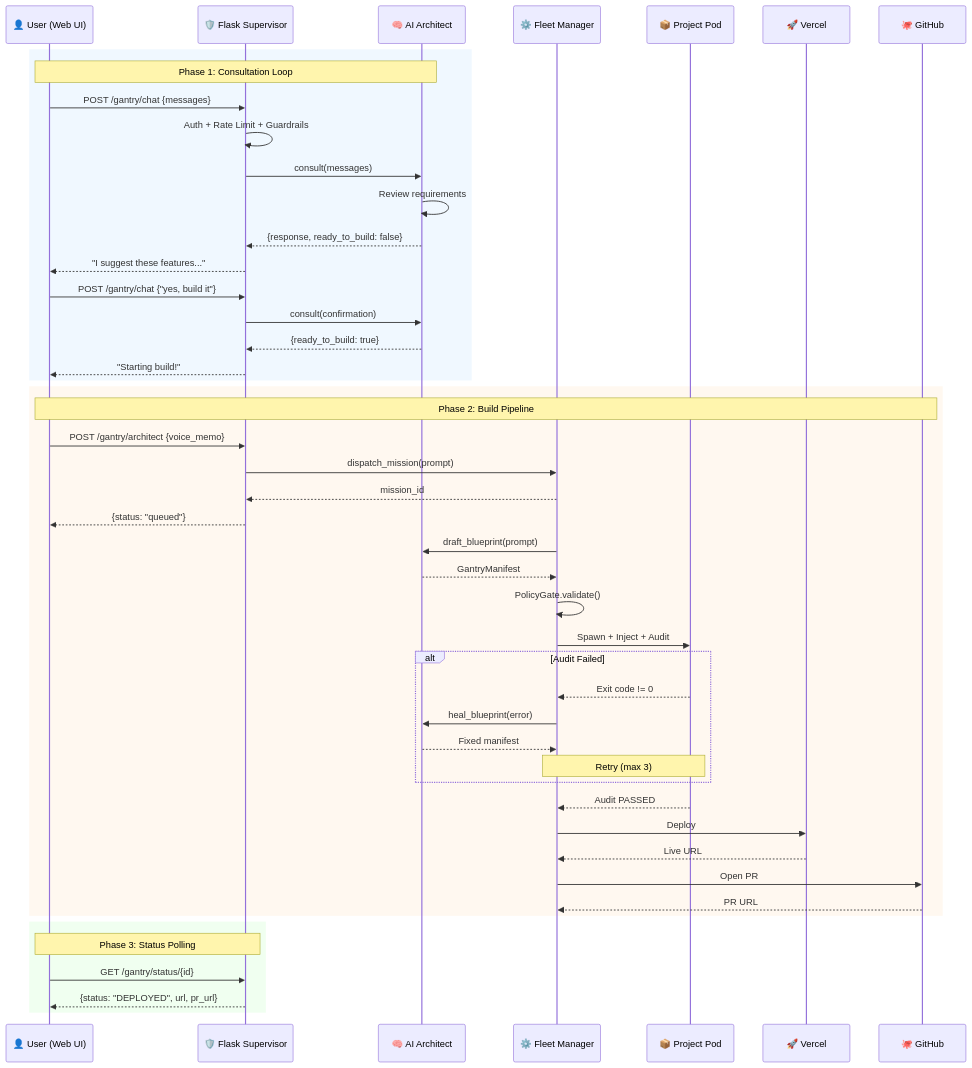
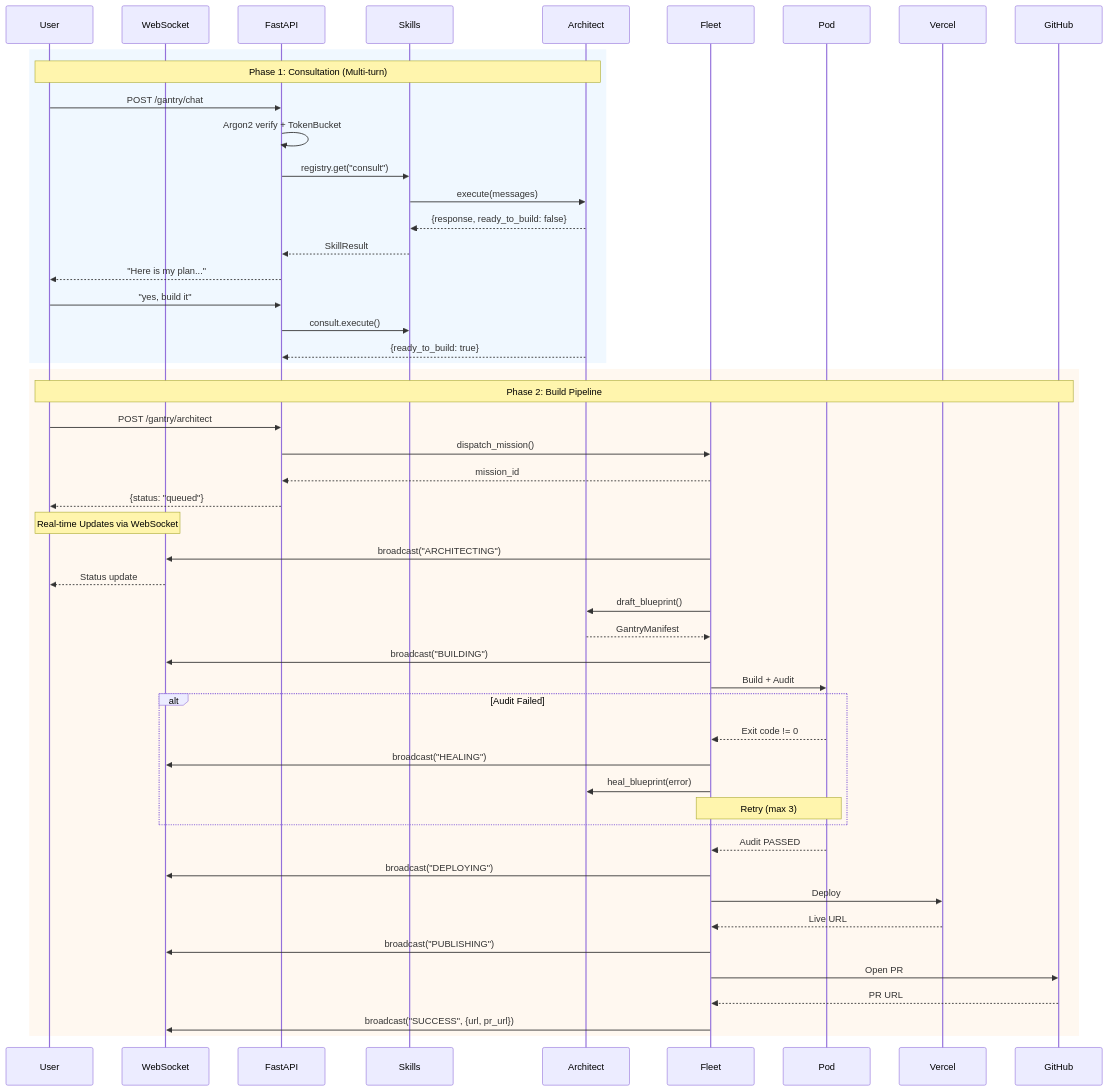
One commit to Jarvis2021/gantry changed the second of 3 diagrams in ARCHITECTURE.md. Above: the diagram before and after it, drawn with Mermaid. The commit also changed other lines of this file and 17 other files, not shown here.

Commit message:
architect improvements

````diff
--- a/ARCHITECTURE.md
+++ b/ARCHITECTURE.md
@@ -91,58 +125,63 @@
 ```mermaid
 sequenceDiagram
-    participant User as 👤 User (Web UI)
-    participant API as 🛡️ Flask Supervisor
-    participant Architect as 🧠 AI Architect
-    participant Fleet as ⚙️ Fleet Manager
-    participant Pod as 📦 Project Pod
-    participant Vercel as 🚀 Vercel
-    participant GitHub as 🐙 GitHub
+    participant User as User
+    participant WS as WebSocket
+    participant API as FastAPI
+    participant Skills as Skills
+    participant AI as Architect
+    participant Fleet as Fleet
+    participant Pod as Pod
+    participant Vercel as Vercel
+    participant GitHub as GitHub
 
     rect rgb(240, 248, 255)
-        Note over User,Architect: Phase 1: Consultation Loop
-        User->>API: POST /gantry/chat {messages}
-        API->>API: Auth + Rate Limit + Guardrails
-        API->>Architect: consult(messages)
-        Architect->>Architect: Review requirements
-        Architect-->>API: {response, ready_to_build: false}
-        API-->>User: "I suggest these features..."
+        Note over User,AI: Phase 1: Consultation (Multi-turn)
+        User->>API: POST /gantry/chat
+        API->>API: Argon2 verify + TokenBucket
+        API->>Skills: registry.get("consult")
+        Skills->>AI: execute(messages)
+        AI-->>Skills: {response, ready_to_build: false}
+        Skills-->>API: SkillResult
+        API-->>User: "Here is my plan..."
         
-        User->>API: POST /gantry/chat {"yes, build it"}
-        API->>Architect: consult(confirmation)
-        Architect-->>API: {ready_to_build: true}
-        API-->>User: "Starting build!"
+        User->>API: "yes, build it"
+        API->>Skills: consult.execute()
+        AI-->>API: {ready_to_build: true}
     end
 
     rect rgb(255, 248, 240)
         Note over User,GitHub: Phase 2: Build Pipeline
-        User->>API: POST /gantry/architect {voice_memo}
-        API->>Fleet: dispatch_mission(prompt)
+        User->>API: POST /gantry/architect
+        API->>Fleet: dispatch_mission()
         Fleet-->>API: mission_id
         API-->>User: {status: "queued"}
         
-        Fleet->>Architect: draft_blueprint(prompt)
-        Architect-->>Fleet: GantryManifest
+        Note over WS,User: Real-time Updates via WebSocket
+        Fleet->>WS: broadcast("ARCHITECTING")
+        WS-->>User: Status update
         
-        Fleet->>Fleet: PolicyGate.validate()
-        Fleet->>Pod: Spawn + Inject + Audit
+        Fleet->>AI: draft_blueprint()
+        AI-->>Fleet: GantryManifest
+        Fleet->>WS: broadcast("BUILDING")
+        
+        Fleet->>Pod: Build + Audit
         
         alt Audit Failed
             Pod-->>Fleet: Exit code != 0
-            Fleet->>Architect: heal_blueprint(error)
-            Architect-->>Fleet: Fixed manifest
+            Fleet->>WS: broadcast("HEALING")
+            Fleet->>AI: heal_blueprint(error)
             Note over Fleet,Pod: Retry (max 3)
         end
         
         Pod-->>Fleet: Audit PASSED
+        Fleet->>WS: broadcast("DEPLOYING")
         Fleet->>Vercel: Deploy
         Vercel-->>Fleet: Live URL
+        
+        Fleet->>WS: broadcast("PUBLISHING")
         Fleet->>GitHub: Open PR
         GitHub-->>Fleet: PR URL
-    end
-
-    rect rgb(240, 255, 240)
-        Note over User,API: Phase 3: Status Polling
-        User->>API: GET /gantry/status/{id}
-        API-->>User: {status: "DEPLOYED", url, pr_url}
+        
+        Fleet->>WS: broadcast("SUCCESS", {url, pr_url})
     end
 ```
````
